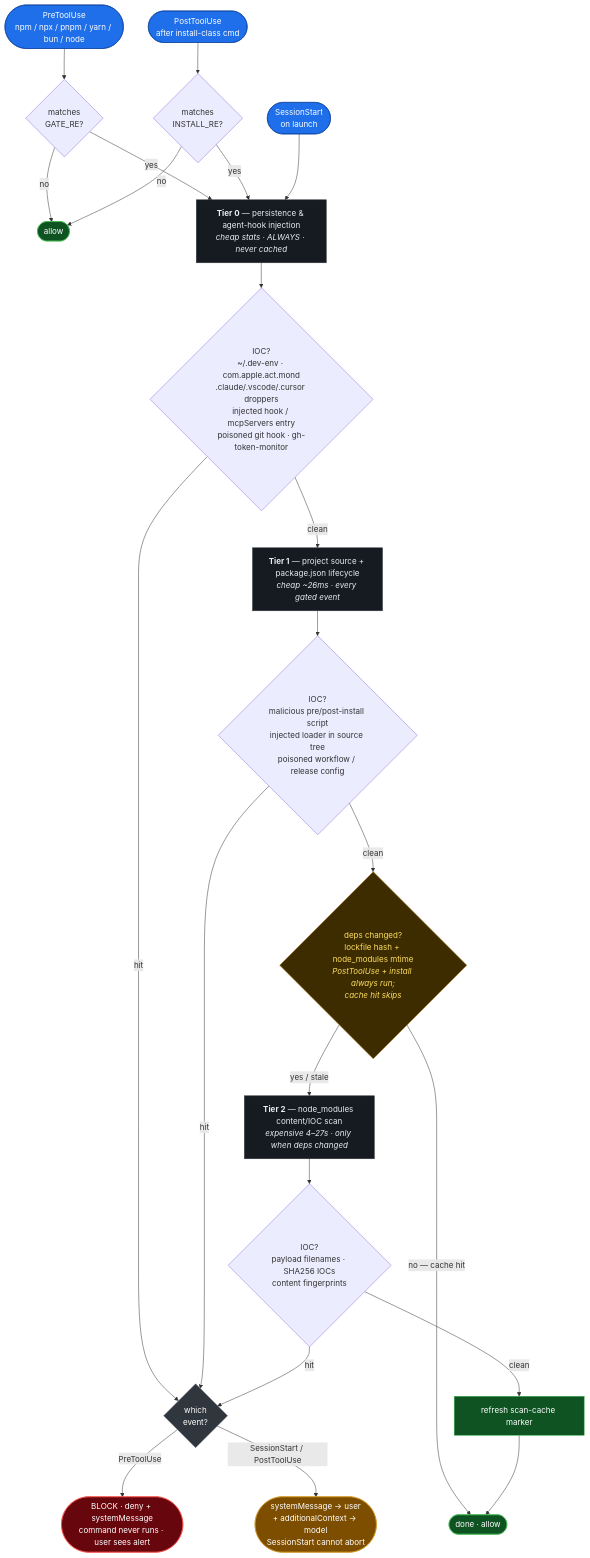
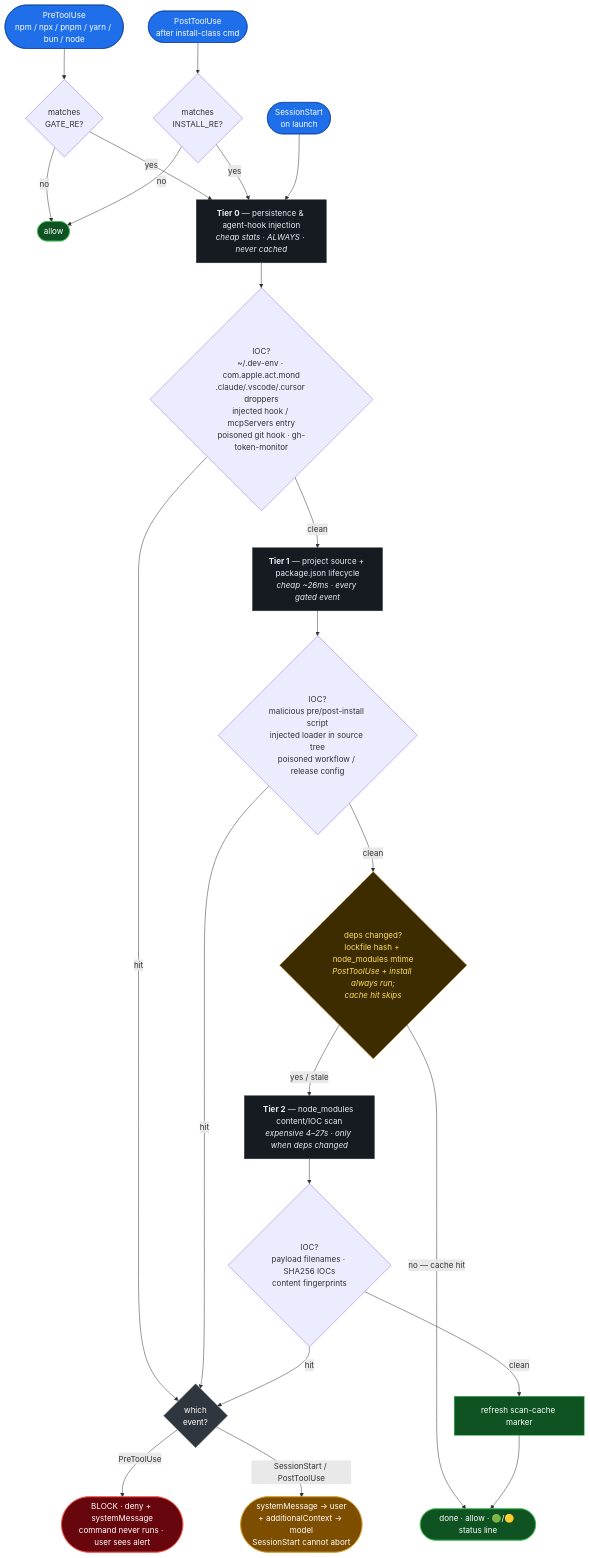
Before and after one commit to notambourine/wormhook: the diagram in README.md, drawn with Mermaid. The commit also changed other lines of this file and 2 other files, not shown here.

First line of the commit message:
feat: always-on 🟢/🟡 status line; scan timeouts no longer pass as clean (#4)

````diff
--- a/README.md
+++ b/README.md
@@ -32,50 +32,50 @@
 ```mermaid
 flowchart TD
     A([SessionStart<br/>on launch]):::evt
     B([PreToolUse<br/>npm / npx / pnpm / yarn / bun / node]):::evt
     C([PostToolUse<br/>after install-class cmd]):::evt
 
     B --> Bg{matches<br/>GATE_RE?}
     Bg -- no --> ALLOW
     Bg -- yes --> T0
     C --> Cg{matches<br/>INSTALL_RE?}
     Cg -- no --> ALLOW
     Cg -- yes --> T0
     A --> T0
 
     T0["<b>Tier 0</b> — persistence &amp; agent-hook injection<br/><i>cheap stats · ALWAYS · never cached</i>"]:::tier
     T0 --> T0c{IOC?<br/>~/.dev-env · com.apple.act.mond<br/>.claude/.vscode/.cursor droppers<br/>injected hook / mcpServers entry<br/>poisoned git hook · gh-token-monitor}
     T0c -- hit --> G
     T0c -- clean --> T1
 
     T1["<b>Tier 1</b> — project source + package.json lifecycle<br/><i>cheap ~26ms · every gated event</i>"]:::tier
     T1 --> T1c{IOC?<br/>malicious pre/post-install script<br/>injected loader in source tree<br/>poisoned workflow / release config}
     T1c -- hit --> G
     T1c -- clean --> CACHE
 
     CACHE{deps changed?<br/>lockfile hash + node_modules mtime<br/><i>PostToolUse + install always run;<br/>cache hit skips</i>}:::cache
     CACHE -- "no — cache hit" --> DONE
     CACHE -- "yes / stale" --> T2
 
     T2["<b>Tier 2</b> — node_modules content/IOC scan<br/><i>expensive 4–27s · only when deps changed</i>"]:::tier
     T2 --> T2c{IOC?<br/>payload filenames · SHA256 IOCs<br/>content fingerprints}
     T2c -- hit --> G
     T2c -- clean --> REFRESH
 
     REFRESH[refresh scan-cache marker]:::ok --> DONE
 
     G{which<br/>event?}:::guard
     G -- PreToolUse --> BLOCK([BLOCK · deny + systemMessage<br/>command never runs · user sees alert]):::block
     G -- "SessionStart / PostToolUse" --> SURFACE([systemMessage → user<br/>+ additionalContext → model<br/>SessionStart cannot abort]):::warn
 
     ALLOW([allow]):::ok
-    DONE([done · allow]):::ok
+    DONE([done · allow · 🟢/🟡 status line]):::ok
 
     classDef evt fill:#1f6feb,stroke:#0d419d,color:#fff
     classDef tier fill:#161b22,stroke:#30363d,color:#e6edf3
     classDef cache fill:#3d2c00,stroke:#9e6a03,color:#ffdf5d
     classDef guard fill:#30363d,stroke:#6e7681,color:#fff
     classDef block fill:#67060c,stroke:#f85149,color:#fff
     classDef warn fill:#7d4e00,stroke:#d29922,color:#fff
     classDef ok fill:#0f5323,stroke:#3fb950,color:#fff
 ```
````
